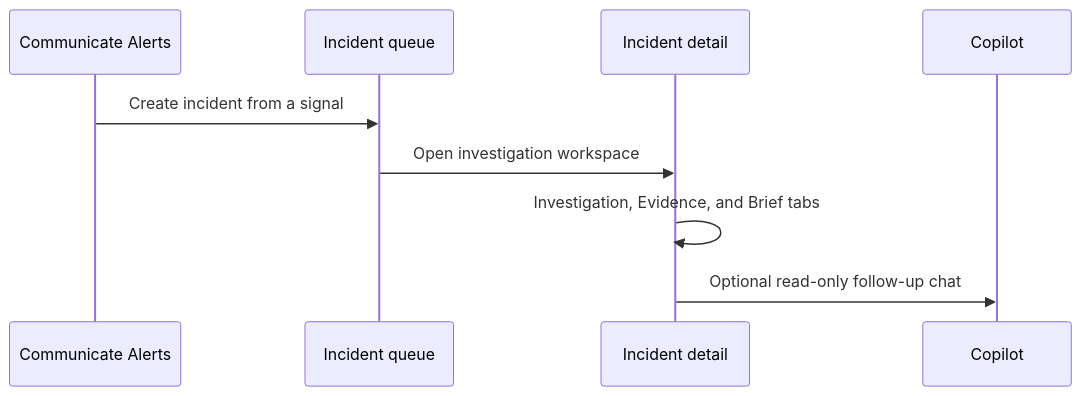
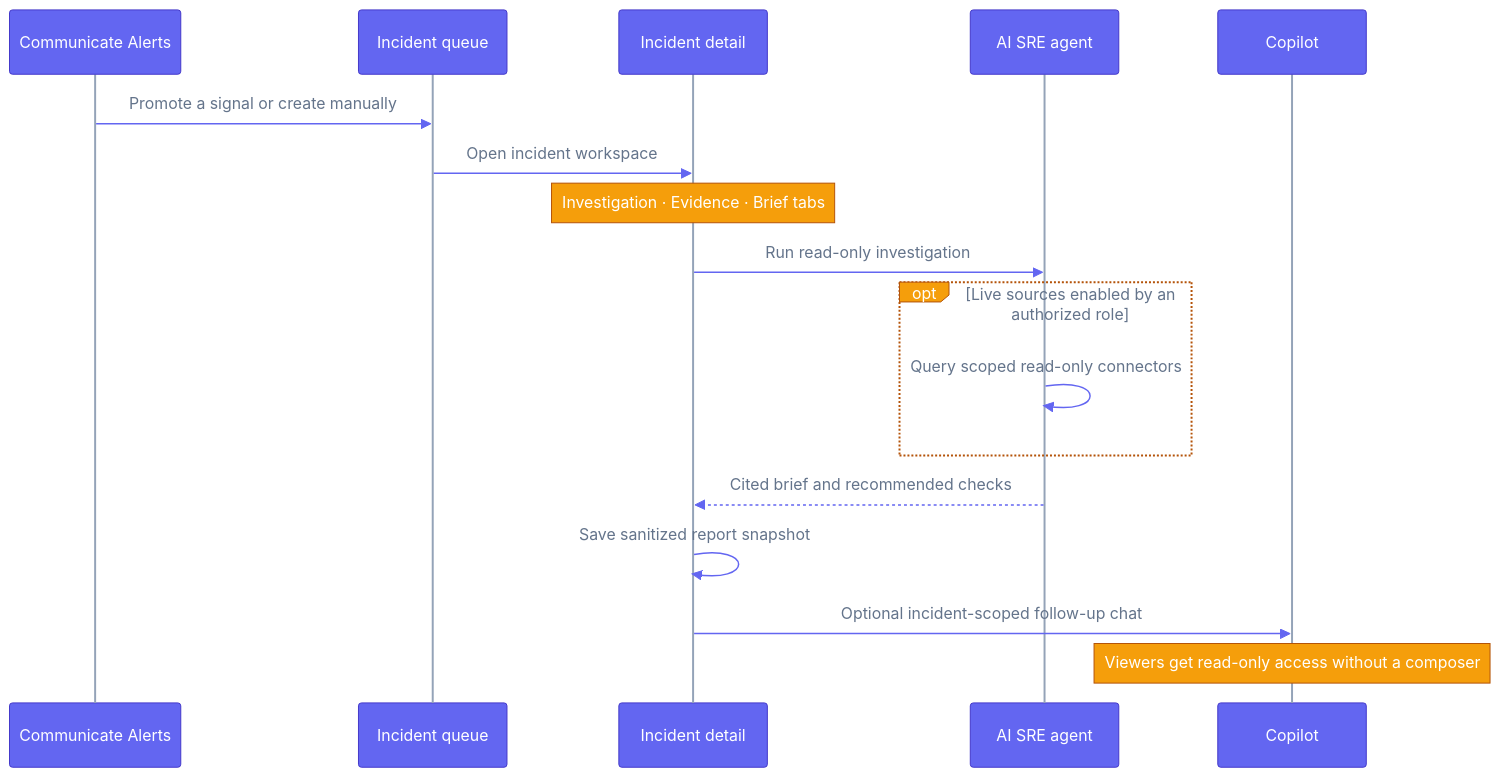
One commit to supercheck-io/supercheck changed the diagram in docs/content/docs/app/investigate/incidents.mdx. Above: the diagram before and after it, drawn with Mermaid. The commit also changed 11 other files, not shown here.

First line of the commit message:
docs: theme sequence diagrams to match architecture and add new ones

````diff
--- a/docs/content/docs/app/investigate/incidents.mdx
+++ b/docs/content/docs/app/investigate/incidents.mdx
@@ -16,12 +16,21 @@
 ```mermaid
+%%{init: {"theme":"base","themeVariables":{"fontFamily":"ui-sans-serif, system-ui, -apple-system, Segoe UI, Roboto, sans-serif","primaryColor":"#6366f1","primaryTextColor":"#ffffff","primaryBorderColor":"#4338ca","lineColor":"#94a3b8","actorBkg":"#6366f1","actorBorder":"#4338ca","actorTextColor":"#ffffff","actorLineColor":"#94a3b8","signalColor":"#6366f1","signalTextColor":"#64748b","labelBoxBkgColor":"#f59e0b","labelBoxBorderColor":"#b45309","labelTextColor":"#ffffff","loopTextColor":"#64748b","activationBkgColor":"#8b5cf6","activationBorderColor":"#6d28d9","noteBkgColor":"#f59e0b","noteBorderColor":"#b45309","noteTextColor":"#ffffff","textColor":"#64748b","mainBkg":"#ffffff"}}}%%
 sequenceDiagram
     participant Alerts as Communicate Alerts
-    participant Queue as Incident queue
+    participant Inc as Incident queue
     participant Detail as Incident detail
+    participant Agent as AI SRE agent
     participant Copilot as Copilot
 
-    Alerts->>Queue: Create incident from a signal
-    Queue->>Detail: Open investigation workspace
-    Detail->>Detail: Investigation, Evidence, and Brief tabs
-    Detail->>Copilot: Optional read-only follow-up chat
+    Alerts->>Inc: Promote a signal or create manually
+    Inc->>Detail: Open incident workspace
+    Note over Detail: Investigation · Evidence · Brief tabs
+    Detail->>Agent: Run read-only investigation
+    opt Live sources enabled by an authorized role
+        Agent->>Agent: Query scoped read-only connectors
+    end
+    Agent-->>Detail: Cited brief and recommended checks
+    Detail->>Detail: Save sanitized report snapshot
+    Detail->>Copilot: Optional incident-scoped follow-up chat
+    Note over Copilot: Viewers get read-only access without a composer
 ```
````
